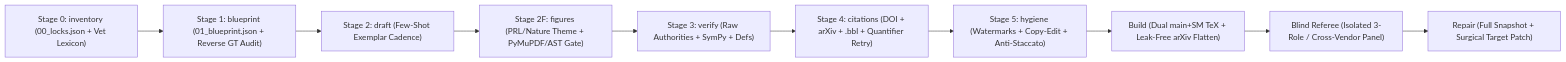
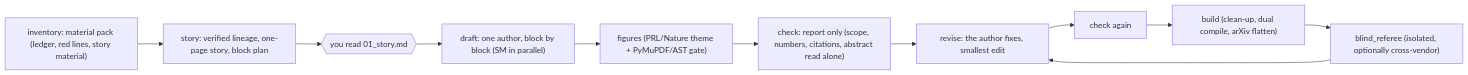
One commit to Misaka16384/liber changed the diagram in README.md. Above: the diagram before and after it, drawn with Mermaid. The commit also changed other lines of this file and 15 other files, not shown here.

First line of the commit message:
write-paper 3.0: story first, check afterwards

````diff
--- a/README.md
+++ b/README.md
@@ -29,12 +29,11 @@
 ```mermaid
 flowchart LR
-  S0["Stage 0: inventory (00_locks.json + Vet Lexicon)"] --> S1["Stage 1: blueprint (01_blueprint.json + Reverse GT Audit)"]
-  S1 --> S2["Stage 2: draft (Few-Shot Exemplar Cadence)"]
-  S2 --> S2F["Stage 2F: figures (PRL/Nature Theme + PyMuPDF/AST Gate)"]
-  S2F --> S3["Stage 3: verify (Raw Authorities + SymPy + Defs)"]
-  S3 --> S4["Stage 4: citations (DOI + arXiv + .bbl + Quantifier Retry)"]
-  S4 --> S5["Stage 5: hygiene (Watermarks + Copy-Edit + Anti-Staccato)"]
-  S5 --> Build["Build (Dual main+SM TeX + Leak-Free arXiv Flatten)"]
-  Build --> Ref["Blind Referee (Isolated 3-Role / Cross-Vendor Panel)"]
-  Ref --> Rep["Repair (Full Snapshot + Surgical Target Patch)"]
+  S0["inventory: material pack (ledger, red lines, story material)"] --> S1["story: verified lineage, one-page story, block plan"]
+  S1 --> P{{"you read 01_story.md"}}
+  P --> S2["draft: one author, block by block (SM in parallel)"]
+  S2 --> F["figures (PRL/Nature theme + PyMuPDF/AST gate)"]
+  F --> C["check: report only (scope, numbers, citations, abstract read alone)"]
+  C --> R["revise: the author fixes, smallest edit"]
+  R --> C2["check again"] --> B["build (clean-up, dual compile, arXiv flatten)"]
+  B --> Ref["blind_referee (isolated, optionally cross-vendor)"] --> R
 ```
````
